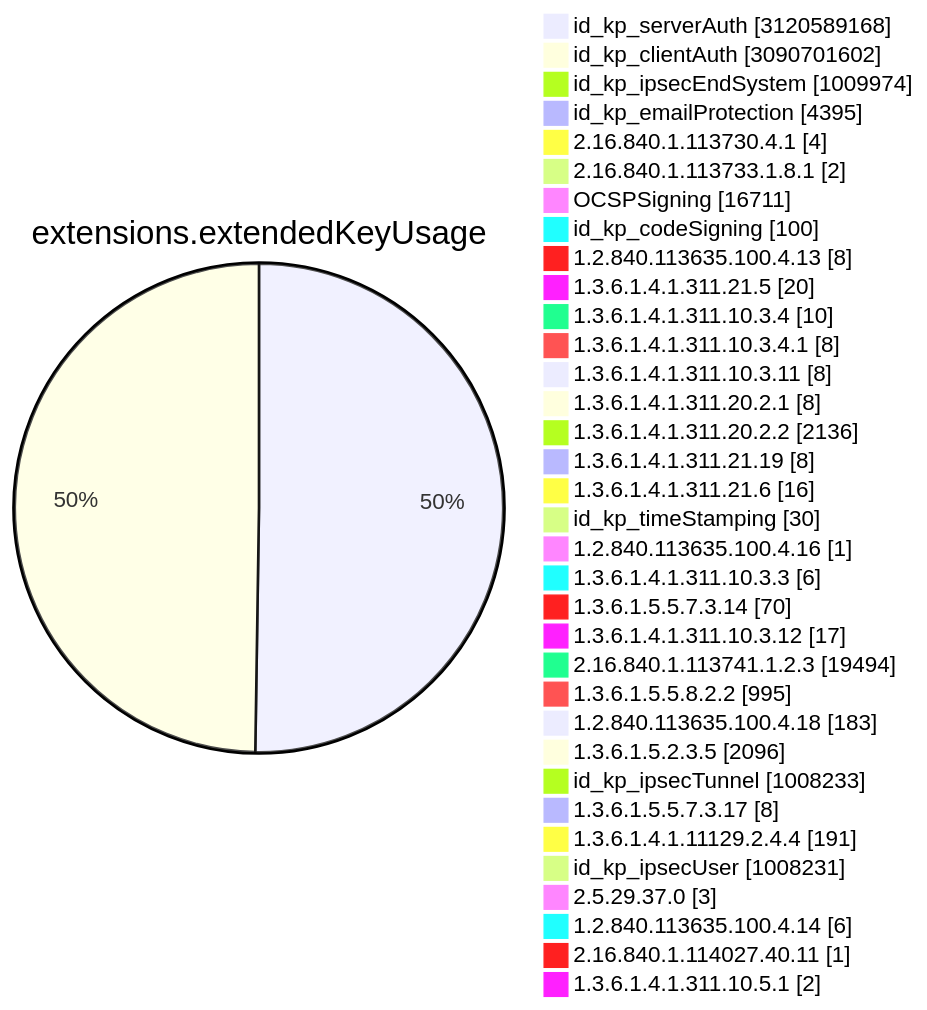
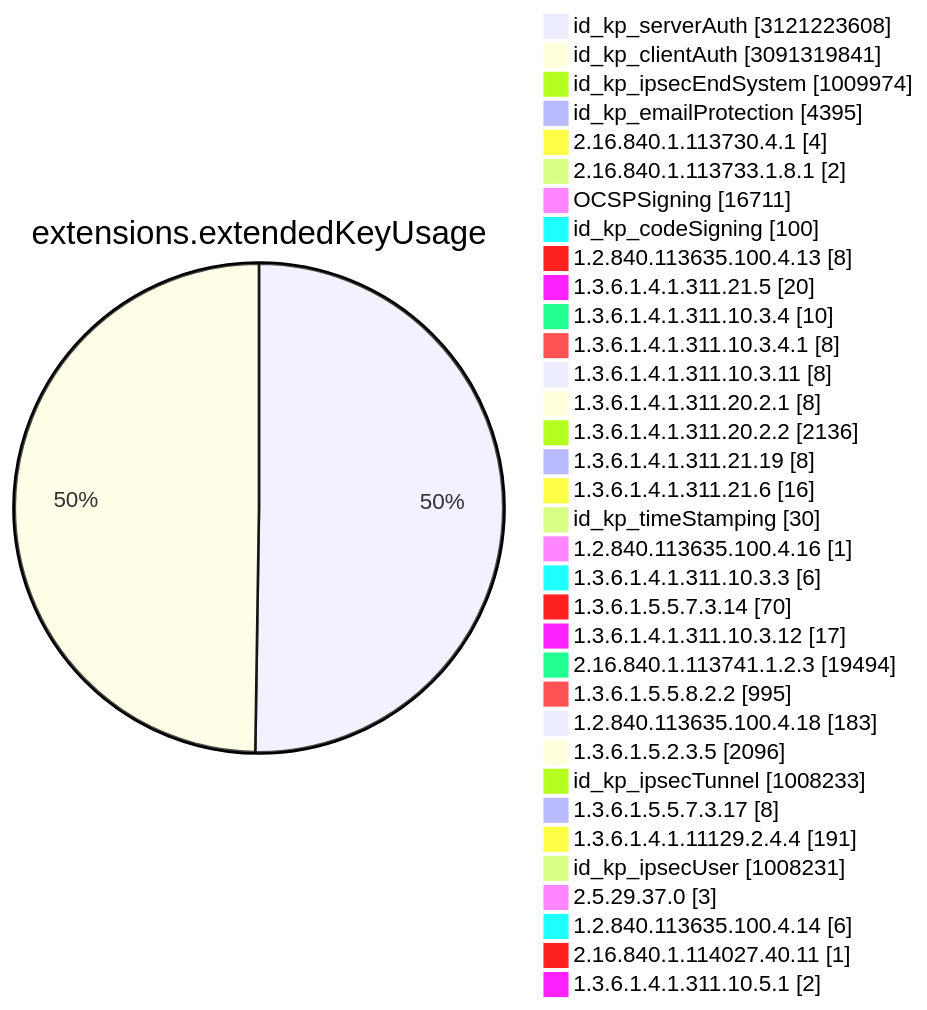
Diagram 11 of 15 in TOTAL/README.md (christiankrug/ctmonitor_visualization), drawn with Mermaid before and after one commit. The commit also changed other lines of this file, not shown here.

````diff
--- a/TOTAL/README.md
+++ b/TOTAL/README.md
@@ -4119,38 +4119,38 @@
 ```mermaid
 pie showData
 title extensions.extendedKeyUsage
-"id_kp_serverAuth" :3120589168
-"id_kp_clientAuth" :3090701602
+"id_kp_serverAuth" :3121223608
+"id_kp_clientAuth" :3091319841
 "id_kp_ipsecEndSystem" :1009974
 "id_kp_emailProtection" :4395
 "2.16.840.1.113730.4.1" :4
 "2.16.840.1.113733.1.8.1" :2
 "OCSPSigning" :16711
 "id_kp_codeSigning" :100
 "1.2.840.113635.100.4.13" :8
 "1.3.6.1.4.1.311.21.5" :20
 "1.3.6.1.4.1.311.10.3.4" :10
 "1.3.6.1.4.1.311.10.3.4.1" :8
 "1.3.6.1.4.1.311.10.3.11" :8
 "1.3.6.1.4.1.311.20.2.1" :8
 "1.3.6.1.4.1.311.20.2.2" :2136
 "1.3.6.1.4.1.311.21.19" :8
 "1.3.6.1.4.1.311.21.6" :16
 "id_kp_timeStamping" :30
 "1.2.840.113635.100.4.16" :1
 "1.3.6.1.4.1.311.10.3.3" :6
 "1.3.6.1.5.5.7.3.14" :70
 "1.3.6.1.4.1.311.10.3.12" :17
 "2.16.840.1.113741.1.2.3" :19494
 "1.3.6.1.5.5.8.2.2" :995
 "1.2.840.113635.100.4.18" :183
 "1.3.6.1.5.2.3.5" :2096
 "id_kp_ipsecTunnel" :1008233
 "1.3.6.1.5.5.7.3.17" :8
 "1.3.6.1.4.1.11129.2.4.4" :191
 "id_kp_ipsecUser" :1008231
 "2.5.29.37.0" :3
 "1.2.840.113635.100.4.14" :6
 "2.16.840.1.114027.40.11" :1
 "1.3.6.1.4.1.311.10.5.1" :2
 ```
````
